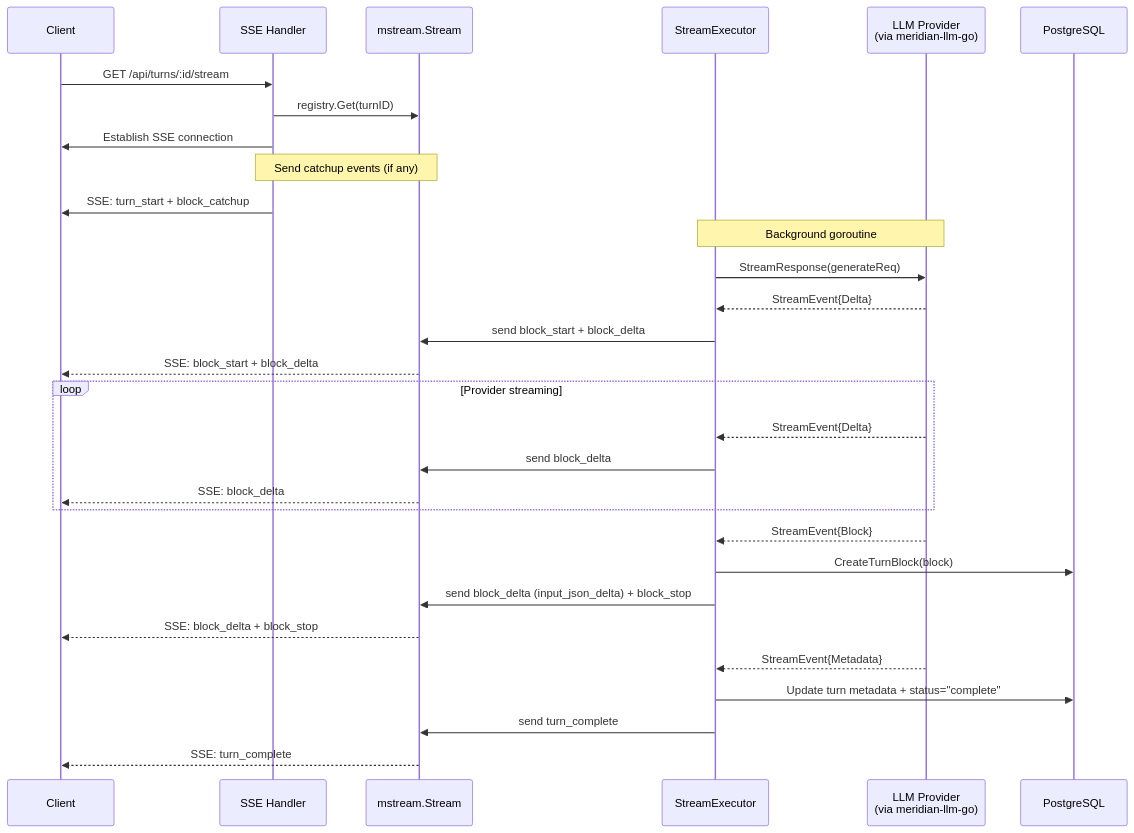
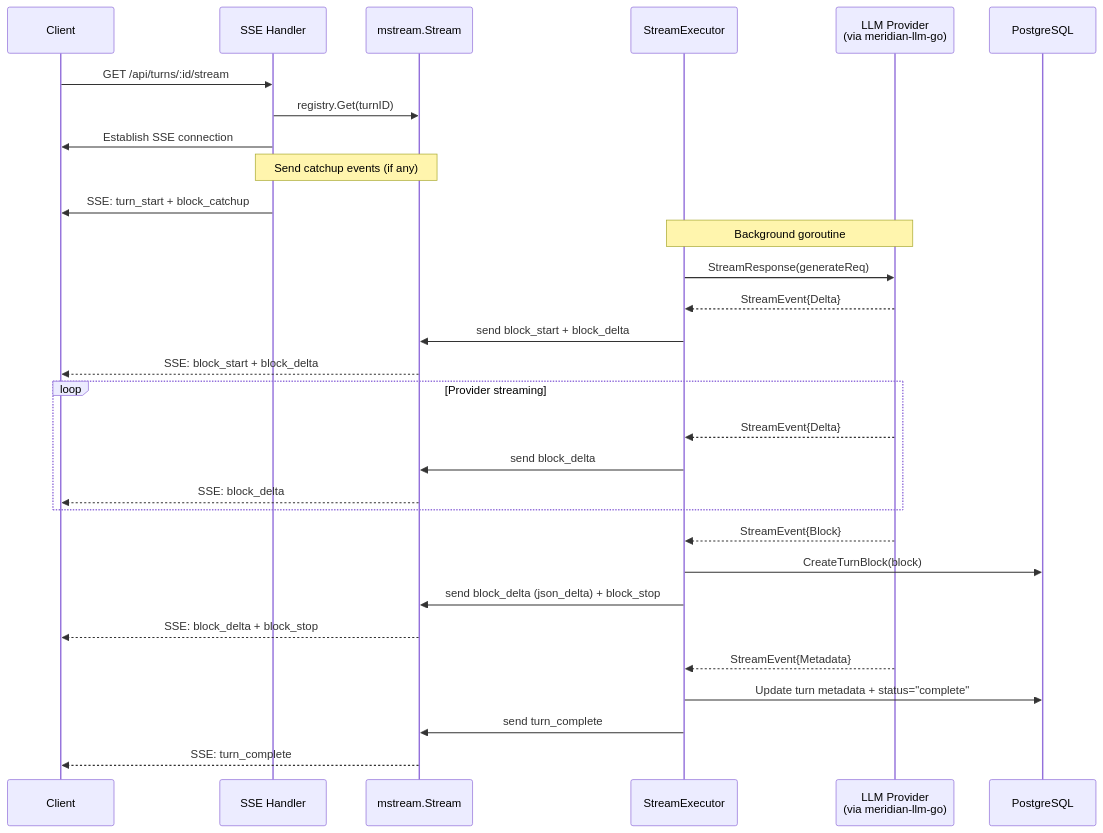
One commit to haowjy/meridian changed the first of 2 diagrams in _docs/technical/backend/architecture/streaming-architecture.md. Above: the diagram before and after it, drawn with Mermaid. The commit also changed other lines of this file and 32 other files, not shown here.

````diff
--- a/_docs/technical/backend/architecture/streaming-architecture.md
+++ b/_docs/technical/backend/architecture/streaming-architecture.md
@@ -190,40 +190,40 @@
 ```mermaid
 sequenceDiagram
     participant Client
     participant Handler as SSE Handler
     participant Stream as mstream.Stream
     participant Executor as StreamExecutor
     participant Provider as LLM Provider<br/>(via meridian-llm-go)
     participant DB as PostgreSQL
 
     Client->>Handler: GET /api/turns/:id/stream
     Handler->>Stream: registry.Get(turnID)
     Handler->>Client: Establish SSE connection
 
     Note over Handler,Stream: Send catchup events (if any)
 
     Handler->>Client: SSE: turn_start + block_catchup
 
     Note over Executor,Provider: Background goroutine
 
     Executor->>Provider: StreamResponse(generateReq)
     Provider-->>Executor: StreamEvent{Delta}
     Executor->>Stream: send block_start + block_delta
     Stream-->>Client: SSE: block_start + block_delta
 
     loop Provider streaming
         Provider-->>Executor: StreamEvent{Delta}
         Executor->>Stream: send block_delta
         Stream-->>Client: SSE: block_delta
     end
 
     Provider-->>Executor: StreamEvent{Block}
     Executor->>DB: CreateTurnBlock(block)
-    Executor->>Stream: send block_delta (input_json_delta) + block_stop
+    Executor->>Stream: send block_delta (json_delta) + block_stop
     Stream-->>Client: SSE: block_delta + block_stop
 
     Provider-->>Executor: StreamEvent{Metadata}
     Executor->>DB: Update turn metadata + status="complete"
     Executor->>Stream: send turn_complete
     Stream-->>Client: SSE: turn_complete
 ```
````
